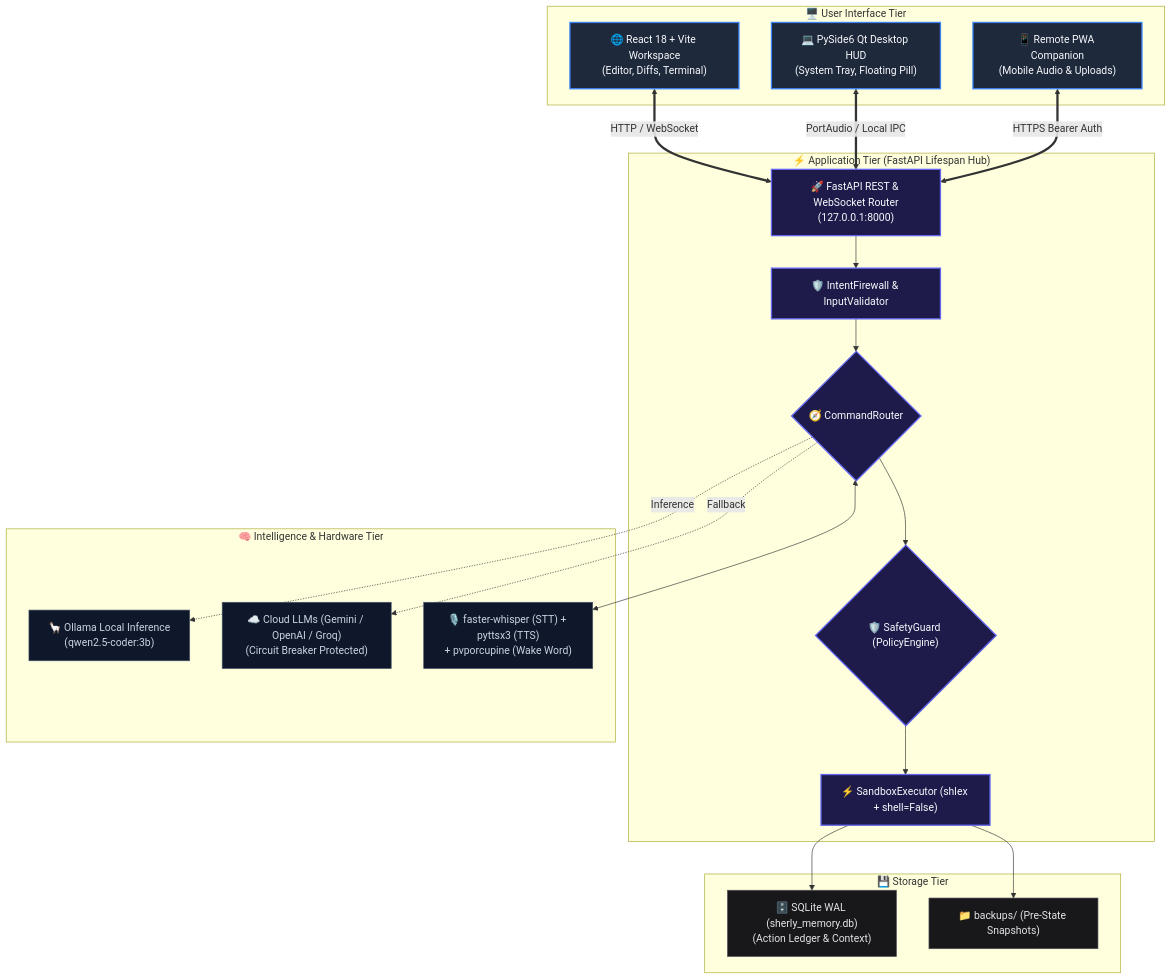
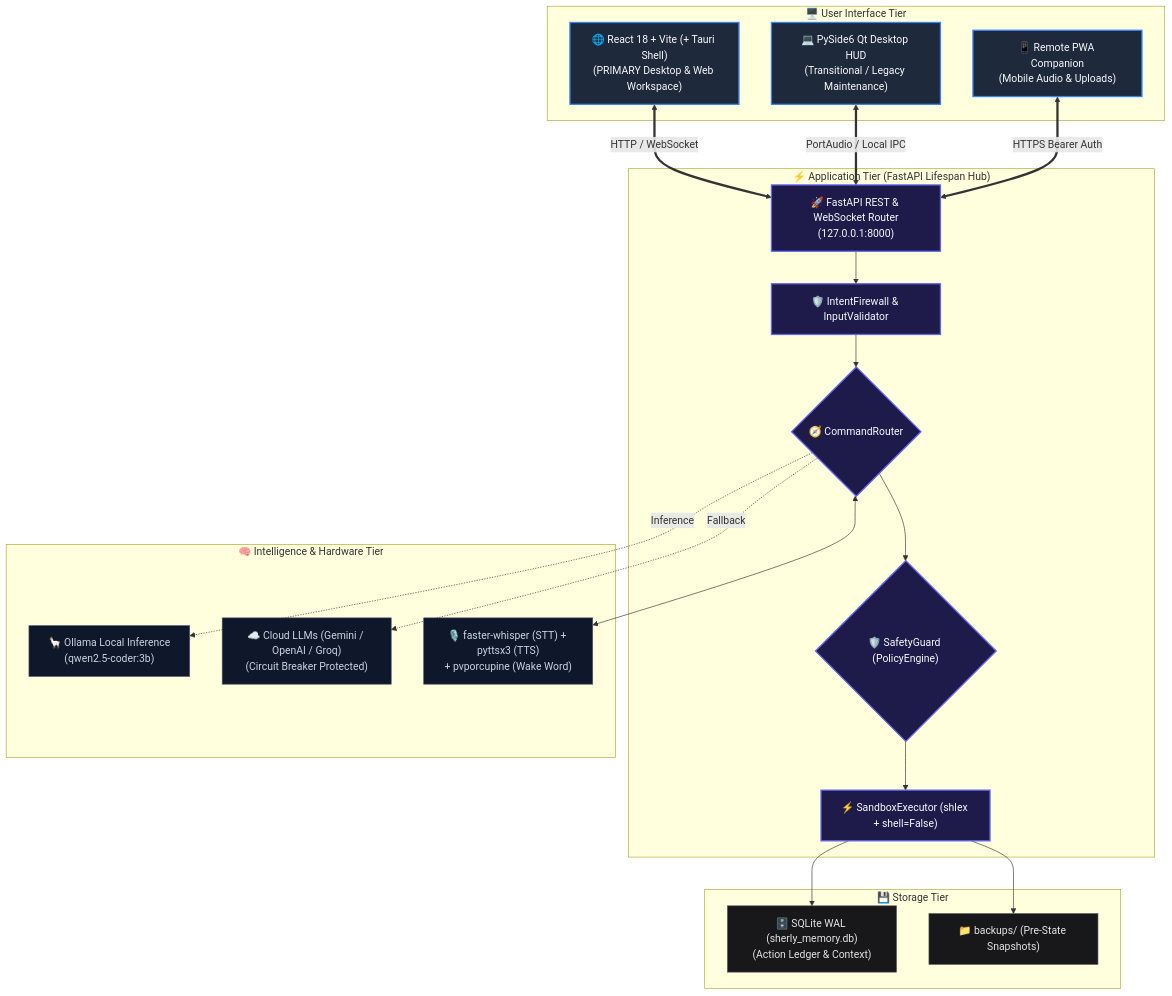
Before and after one commit to Sarvadnya07/sherly: the first of 2 diagrams in docs/ARCHITECTURE.md, drawn with Mermaid. The commit also changed 3 other files, not shown here.

Commit message:
refactor(docs): Update architecture and README for clarity on presentation and client structure

````diff
--- a/docs/ARCHITECTURE.md
+++ b/docs/ARCHITECTURE.md
@@ -13,45 +13,45 @@
 ```mermaid
 graph TD
     classDef clientNode fill:#1e293b,stroke:#3b82f6,stroke-width:2px,color:#f8fafc;
     classDef serverNode fill:#1e1b4b,stroke:#6366f1,stroke-width:2px,color:#f8fafc;
     classDef engineNode fill:#0f172a,stroke:#475569,stroke-width:1px,color:#cbd5e1;
     classDef storageNode fill:#18181b,stroke:#52525b,stroke-width:1px,color:#e4e4e7;
 
     subgraph Clients["🖥️ User Interface Tier"]
-        W["🌐 React 18 + Vite Workspace<br/>(Editor, Diffs, Terminal)"]:::clientNode
-        Q["💻 PySide6 Qt Desktop HUD<br/>(System Tray, Floating Pill)"]:::clientNode
+        W["🌐 React 18 + Vite (+ Tauri Shell)<br/>(PRIMARY Desktop & Web Workspace)"]:::clientNode
+        Q["💻 PySide6 Qt Desktop HUD<br/>(Transitional / Legacy Maintenance)"]:::clientNode
         P["📱 Remote PWA Companion<br/>(Mobile Audio & Uploads)"]:::clientNode
     end
 
     subgraph CoreServer["⚡ Application Tier (FastAPI Lifespan Hub)"]
         API["🚀 FastAPI REST & WebSocket Router<br/>(127.0.0.1:8000)"]:::serverNode
         FW["🛡️ IntentFirewall & InputValidator"]:::serverNode
         CR{"🧭 CommandRouter"}:::serverNode
         SG{"🛡️ SafetyGuard (PolicyEngine)"}:::serverNode
         SE["⚡ SandboxExecutor (shlex + shell=False)"]:::serverNode
     end
 
     subgraph Engines["🧠 Intelligence & Hardware Tier"]
         OLLAMA["🦙 Ollama Local Inference<br/>(qwen2.5-coder:3b)"]:::engineNode
         CLOUD["☁️ Cloud LLMs (Gemini / OpenAI / Groq)<br/>(Circuit Breaker Protected)"]:::engineNode
         AUDIO["🎙️ faster-whisper (STT) + pyttsx3 (TTS)<br/>+ pvporcupine (Wake Word)"]:::engineNode
     end
 
     subgraph Persistence["💾 Storage Tier"]
         DB["🗄️ SQLite WAL (sherly_memory.db)<br/>(Action Ledger & Context)"]:::storageNode
         BAK["📁 backups/ (Pre-State Snapshots)"]:::storageNode
     end
 
     W <==>|"HTTP / WebSocket"| API
     Q <==>|"PortAudio / Local IPC"| API
     P <==>|"HTTPS Bearer Auth"| API
 
     API --> FW --> CR
     CR --> SG --> SE
     CR -.->|"Inference"| OLLAMA
     CR -.->|"Fallback"| CLOUD
     CR <--> AUDIO
 
     SE --> DB
     SE --> BAK
 ```
````
